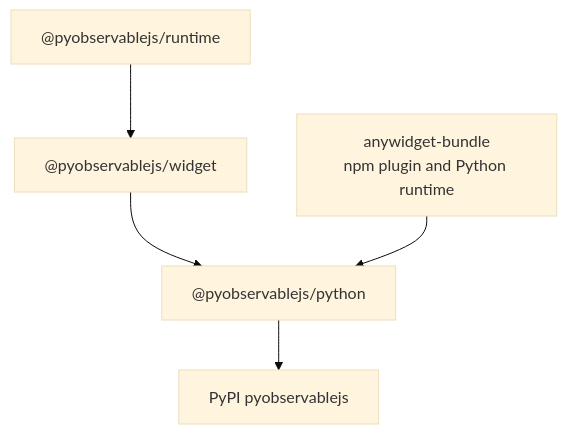
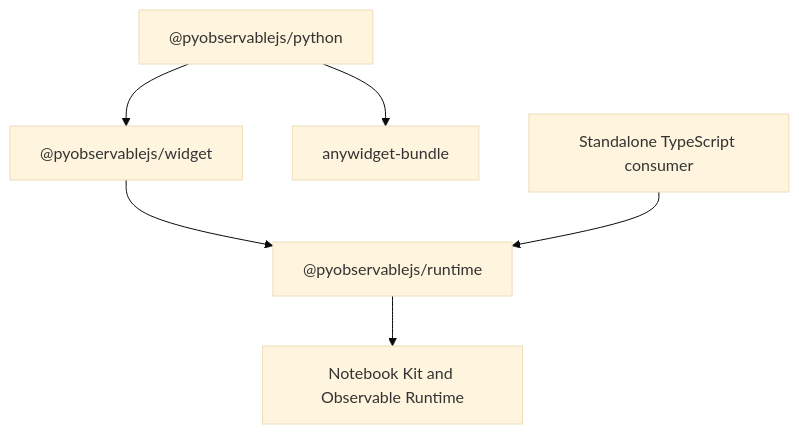
One commit to peter-gy/pyobservablejs changed the diagram in development_docs/workspace.md. Above: the diagram before and after it, drawn with Mermaid (base theme). The commit also changed other lines of this file and 161 other files, not shown here.

````diff
--- a/development_docs/workspace.md
+++ b/development_docs/workspace.md
@@ -9,7 +9,8 @@
 ```mermaid
 flowchart TB
-  runtime["@pyobservablejs/runtime"] --> widget["@pyobservablejs/widget"]
-  widget --> python["@pyobservablejs/python"]
-  bundle["anywidget-bundle<br/>npm plugin and Python runtime"] --> python
-  python --> pypi["PyPI pyobservablejs"]
+  python["@pyobservablejs/python"] --> widget["@pyobservablejs/widget"]
+  python --> bundle["anywidget-bundle"]
+  widget --> runtime["@pyobservablejs/runtime"]
+  app["Standalone TypeScript consumer"] --> runtime
+  runtime --> kit["Notebook Kit and Observable Runtime"]
 ```
````
